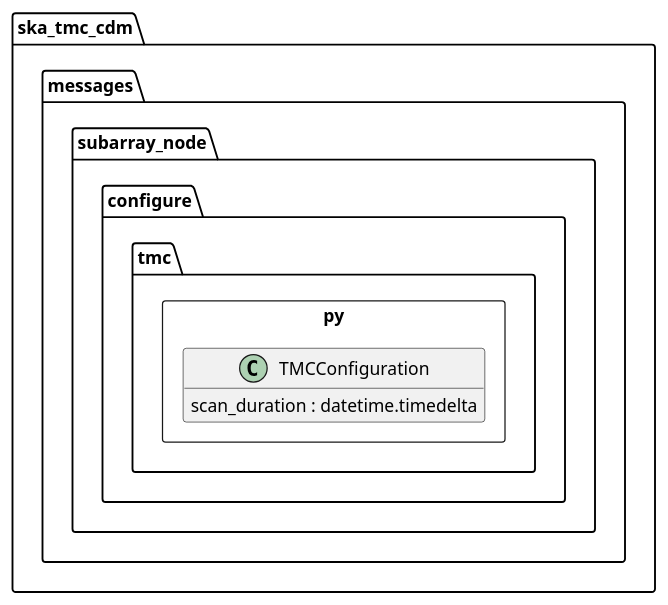
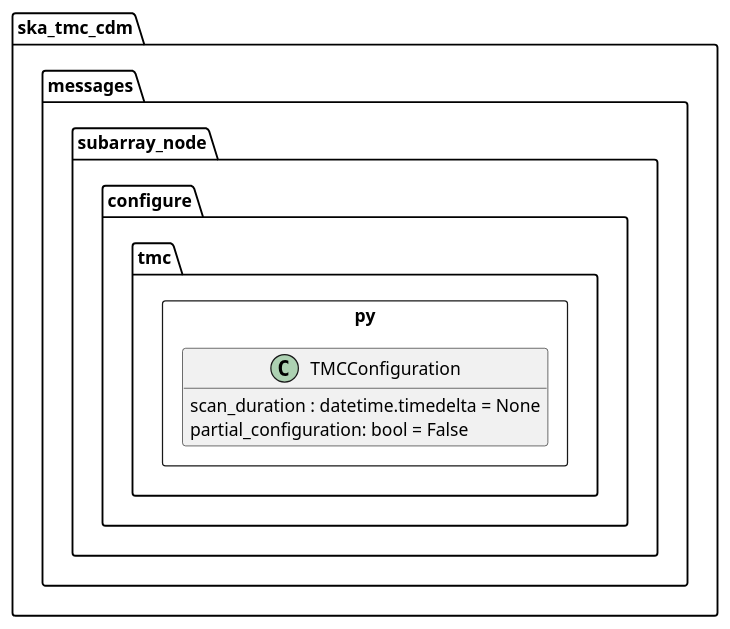
Before and after one commit to ska-telescope/cdm-shared-library: the diagram in docs/src/developer/subarraynode/tmc.puml, drawn with PlantUML. The commit also changed 3 other files, not shown here.

Commit message:
BTN-2053: Updates PUML class diagrams

```diff
--- a/docs/src/developer/subarraynode/tmc.puml
+++ b/docs/src/developer/subarraynode/tmc.puml
@@ -1,14 +1,17 @@
 @startuml
 hide empty members
 
 package ska_tmc_cdm.messages.subarray_node.configure {
-    package tmc.py <<Rectangle>> {
+	package tmc.py <<Rectangle>> {
 
-        class TMCConfiguration {
-            scan_duration : datetime.timedelta
-        }
+		class TMCConfiguration {
+			scan_duration : datetime.timedelta = None
+			partial_configuration: bool = False
 
-    }
+
+		}
+
+	}
 }
 
 @enduml
```
